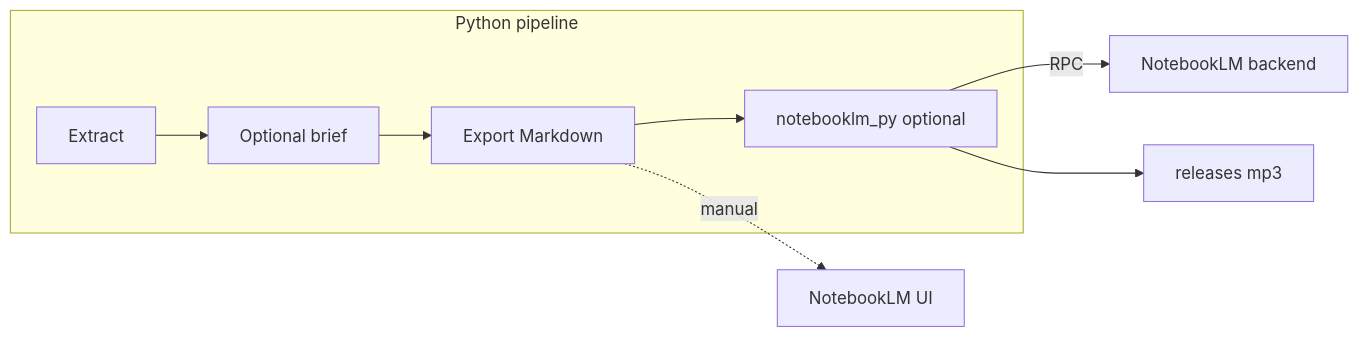
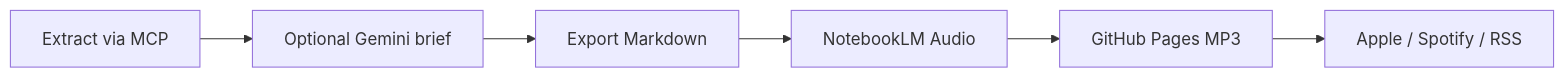
Before and after one commit to lifan-builds/nitan-podcast: the diagram in README.md, drawn with Mermaid. The commit also changed other lines of this file and 13 other files, not shown here.

````diff
--- a/README.md
+++ b/README.md
@@ -7,14 +7,8 @@
 ```mermaid
 flowchart LR
-  subgraph pipeline [Python pipeline]
-    E[Extract]
-    B[Optional brief]
-    X[Export Markdown]
-    P[notebooklm_py optional]
-    E --> B --> X
-    X --> P
-  end
-  X -.->|manual| UI[NotebookLM UI]
-  P -->|RPC| NLM[NotebookLM backend]
-  P --> MP3[releases mp3]
+  E[Extract via MCP] --> B[Optional Gemini brief]
+  B --> X[Export Markdown]
+  X --> NLM[NotebookLM Audio]
+  NLM --> MP3[GitHub Pages MP3]
+  MP3 --> RSS[Apple / Spotify / RSS]
 ```
````
